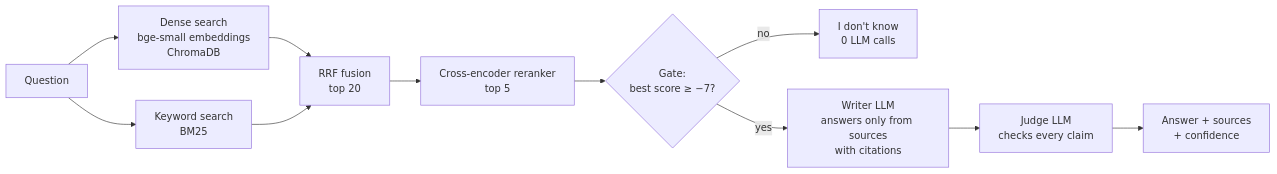
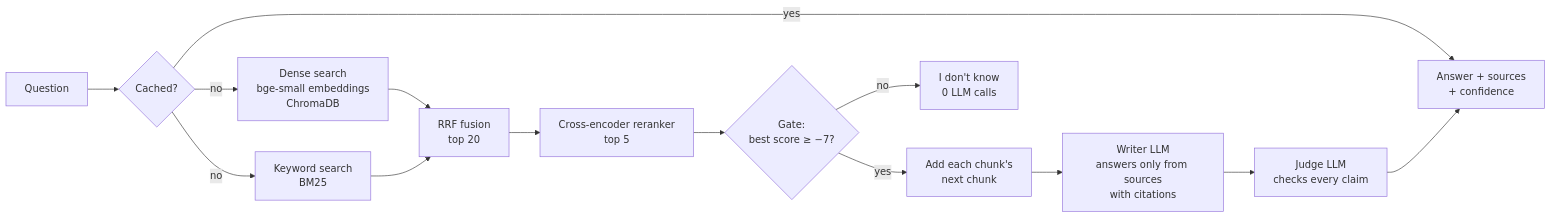
The diagram in README.md (vedududu/hybrid-rag), drawn with Mermaid before and after one commit. The commit also changed other lines of this file and 3 other files, not shown here.

````diff
--- a/README.md
+++ b/README.md
@@ -36,13 +53,16 @@
 ```mermaid
 flowchart LR
-    Q[Question] --> D[Dense search<br/>bge-small embeddings<br/>ChromaDB]
-    Q --> S[Keyword search<br/>BM25]
+    Q[Question] --> C{Cached?}
+    C -- yes --> A
+    C -- no --> D[Dense search<br/>bge-small embeddings<br/>ChromaDB]
+    C -- no --> S[Keyword search<br/>BM25]
     D --> F[RRF fusion<br/>top 20]
     S --> F
     F --> R[Cross-encoder reranker<br/>top 5]
     R --> G{Gate:<br/>best score ≥ −7?}
     G -- no --> N["I don't know<br/>0 LLM calls"]
-    G -- yes --> W[Writer LLM<br/>answers only from sources<br/>with citations]
+    G -- yes --> X[Add each chunk's<br/>next chunk]
+    X --> W[Writer LLM<br/>answers only from sources<br/>with citations]
     W --> J[Judge LLM<br/>checks every claim]
     J --> A[Answer + sources<br/>+ confidence]
 ```
````
